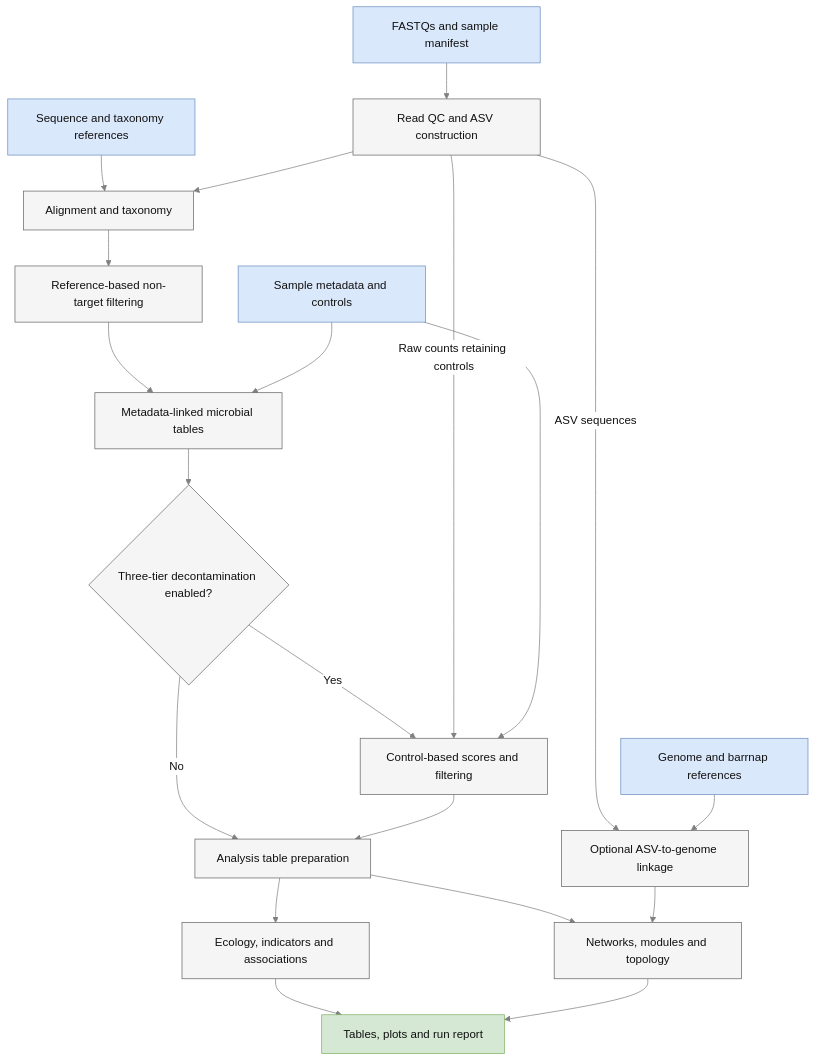
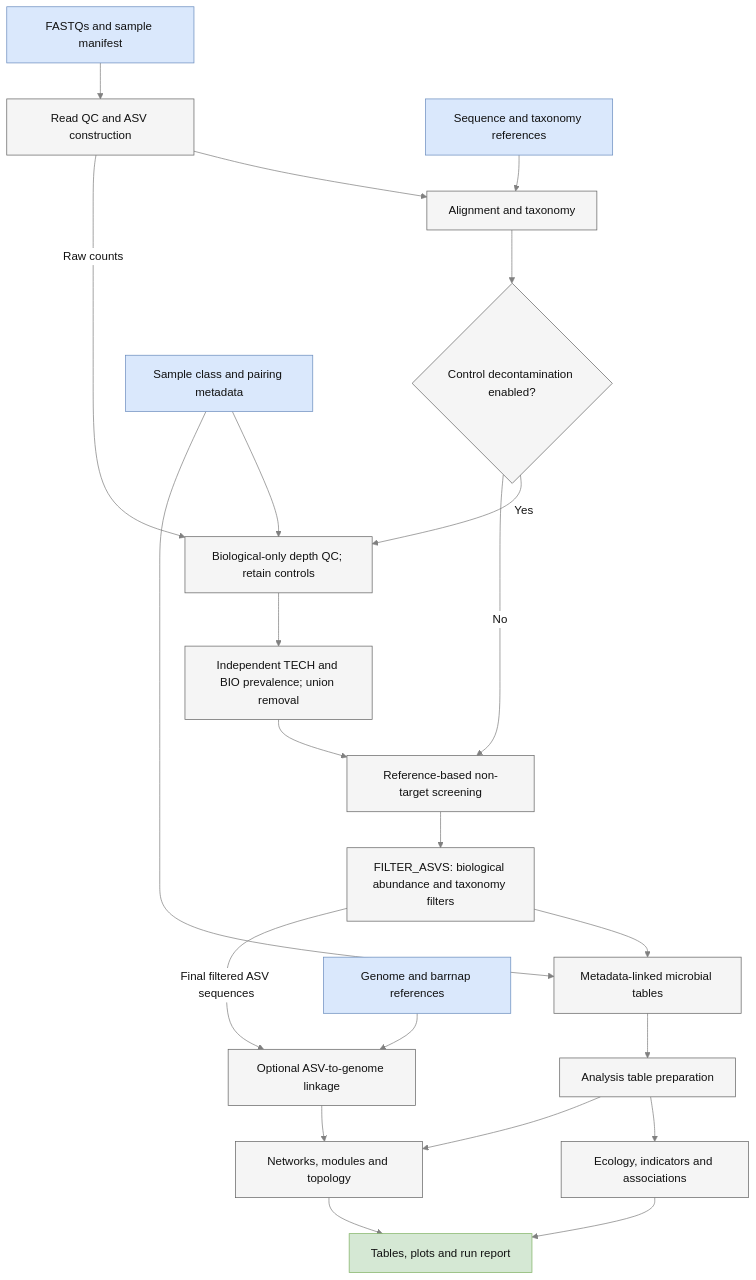
One commit to hallamlab/ASPIRE changed the diagram in docs/diagrams/workflow-1.mmd. Above: the diagram before and after it, drawn with Mermaid. The commit also changed 72 other files, not shown here.

First line of the commit message:
Refactor control decontamination and add validated demonstration fixtures

```diff
--- a/docs/diagrams/workflow-1.mmd
+++ b/docs/diagrams/workflow-1.mmd
@@ -1,25 +1,27 @@
 %%{init: {"theme":"base","themeVariables":{"fontFamily":"Times New Roman, Times, serif","primaryColor":"#F5F5F5","primaryBorderColor":"#666666","lineColor":"#808080","defaultLinkColor":"#808080","primaryTextColor":"#111111","textColor":"#111111","edgeLabelBackground":"#FFFFFF"}}}%%
 flowchart TD
     I[FASTQs and sample manifest] --> C[Read QC and ASV construction]
     R[Sequence and taxonomy references] --> T[Alignment and taxonomy]
     C --> T
-    T --> F[Reference-based non-target filtering]
+    T --> D{Control decontamination enabled?}
+    D -->|Yes| QC[Biological-only depth QC; retain controls]
+    S[Sample class and pairing metadata] --> QC
+    C -->|Raw counts| QC
+    QC --> DC[Independent TECH and BIO prevalence; union removal]
+    DC --> REF[Reference-based non-target screening]
+    REF --> F[FILTER_ASVS: biological abundance and taxonomy filters]
+    D -->|No| REF
     F --> M[Metadata-linked microbial tables]
-    S[Sample metadata and controls] --> M
-    M --> D{Three-tier decontamination enabled?}
-    D -->|Yes| DC[Control-based scores and filtering]
-    D -->|No| A[Analysis table preparation]
-    C -->|Raw counts retaining controls| DC
-    S --> DC
-    DC --> A
+    S --> M
+    M --> A[Analysis table preparation]
     A --> E[Ecology, indicators and associations]
     A --> N[Networks, modules and topology]
-    C -->|ASV sequences| L[Optional ASV-to-genome linkage]
+    F -->|Final filtered ASV sequences| L[Optional ASV-to-genome linkage]
     G[Genome and barrnap references] --> L
     L --> N
     E --> O[Tables, plots and run report]
     N --> O
     classDef input fill:#DAE8FC,stroke:#6C8EBF,color:#111111
     classDef output fill:#D5E8D4,stroke:#82B366,color:#111111
     class I,R,S,G input
     class O output
```
